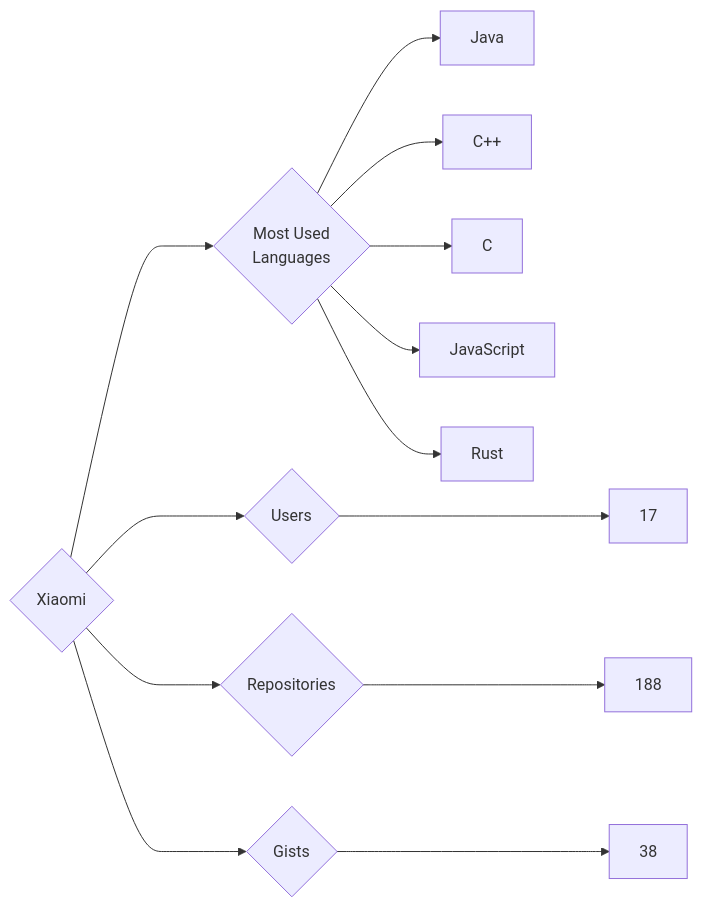
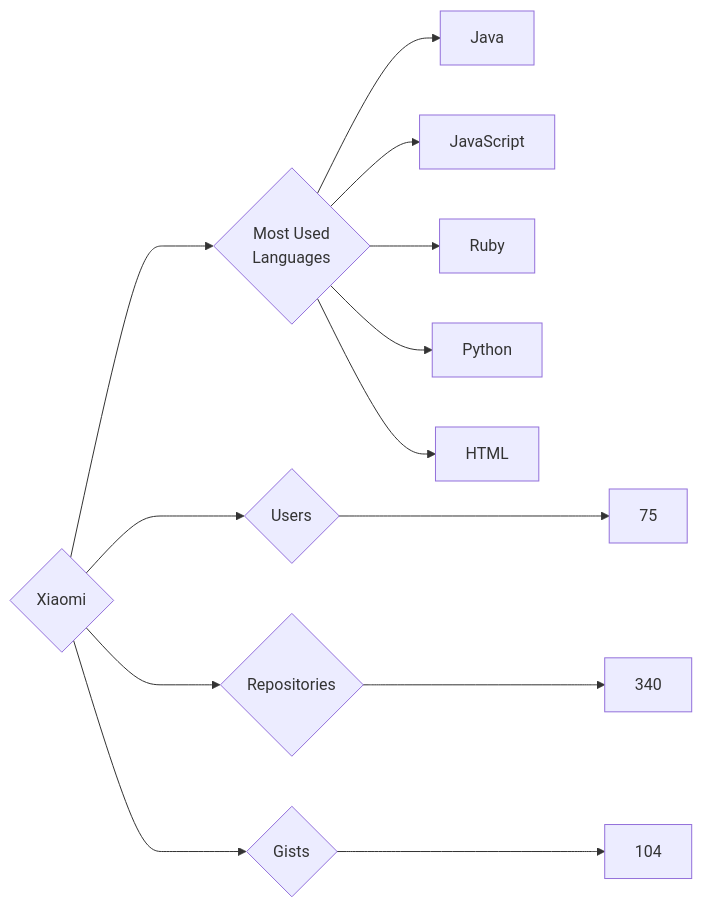
One commit to trickest/insiders changed the diagram in targets/Xiaomi/README.md. Above: the diagram before and after it, drawn with Mermaid. The commit also changed 748 other files, not shown here.

````diff
--- a/targets/Xiaomi/README.md
+++ b/targets/Xiaomi/README.md
@@ -3,13 +3,13 @@
 ```mermaid
 graph LR
 COMPANY_NAME{Xiaomi}
-COMPANY_NAME ---> U{Users} ---> UN[17]
-COMPANY_NAME ---> R{Repositories} ---> RN[188]
-COMPANY_NAME ---> G{Gists} ---> GN[38]
+COMPANY_NAME ---> U{Users} ---> UN[75]
+COMPANY_NAME ---> R{Repositories} ---> RN[340]
+COMPANY_NAME ---> G{Gists} ---> GN[104]
 COMPANY_NAME ---> ML{Most Used<br>Languages}
 ML --> Java[Java]
-ML --> C++[C++]
-ML --> C[C]
 ML --> JavaScript[JavaScript]
-ML --> Rust[Rust]
+ML --> Ruby[Ruby]
+ML --> Python[Python]
+ML --> HTML[HTML]
 ```
````
